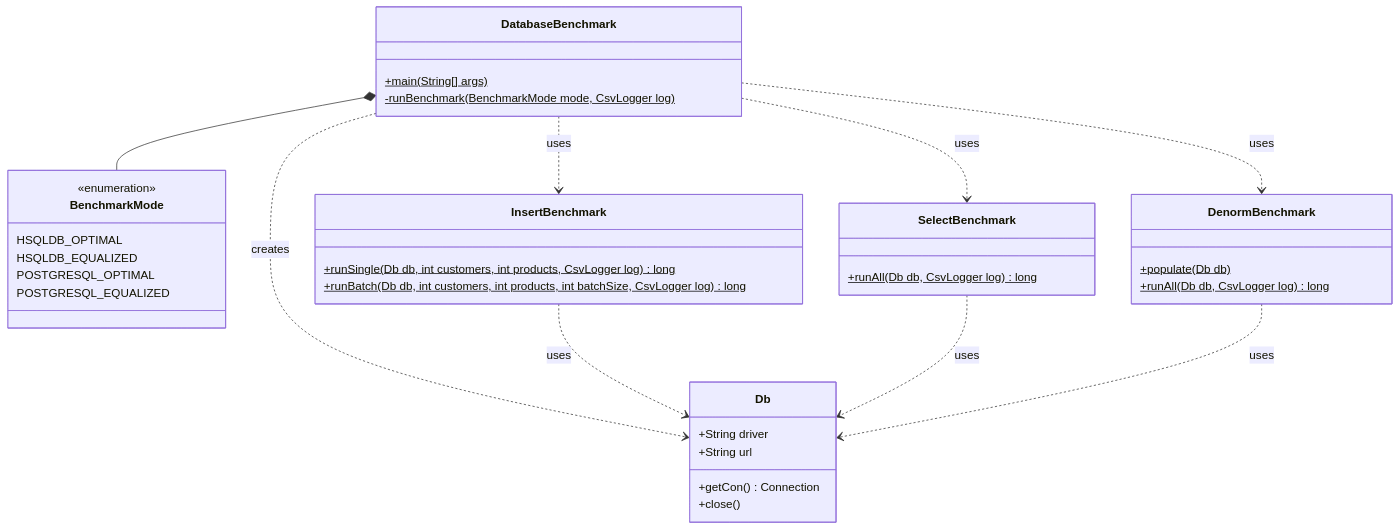
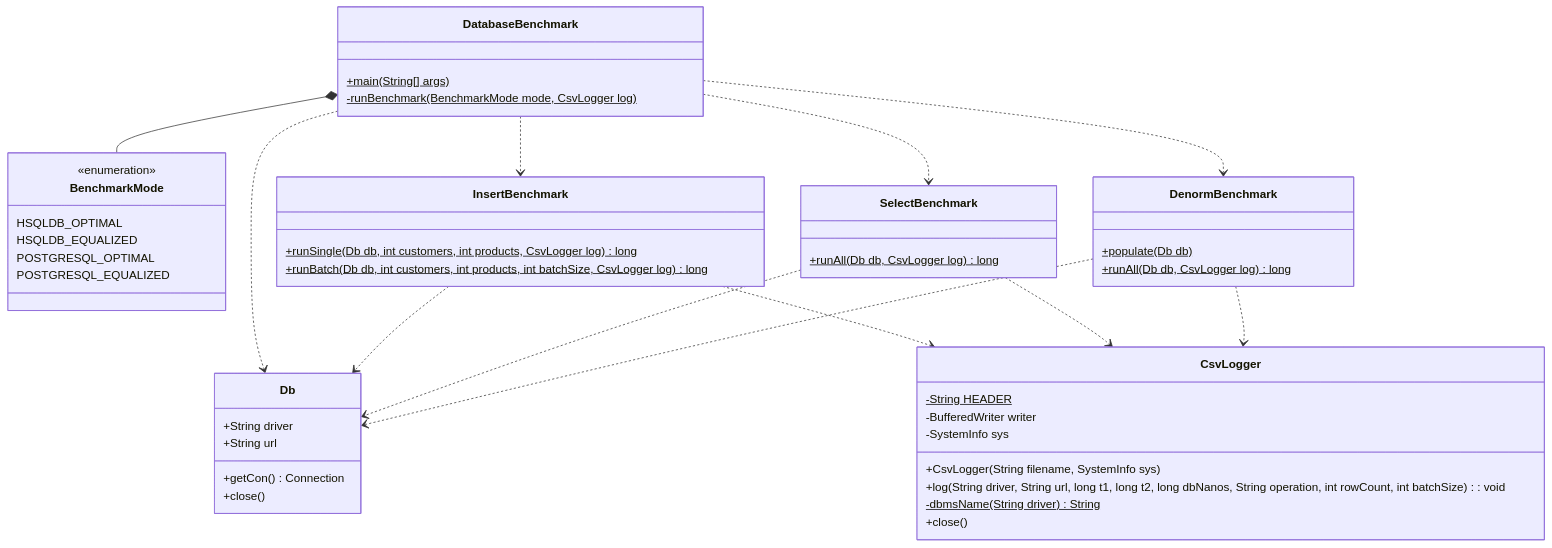
One commit to IlyaBashlyaev/DatabaseBenchmark changed the diagram in docs/class_diagram/simple/class_diagram.mmd. Above: the diagram before and after it, drawn with Mermaid. The commit also changed 4 other files, not shown here.

First line of the commit message:
docs(uml): Update the UML class diagram (simple version)

```diff
--- a/docs/class_diagram/simple/class_diagram.mmd
+++ b/docs/class_diagram/simple/class_diagram.mmd
@@ -1,47 +1,61 @@
 classDiagram
     direction TB
 
     class DatabaseBenchmark {
         +main(String[] args)$
         -runBenchmark(BenchmarkMode mode, CsvLogger log)$
     }
 
     class BenchmarkMode {
         <<enumeration>>
         HSQLDB_OPTIMAL
         HSQLDB_EQUALIZED
         POSTGRESQL_OPTIMAL
         POSTGRESQL_EQUALIZED
     }
 
     class Db {
         +String driver
         +String url
         +getCon() Connection
         +close()
     }
 
     class InsertBenchmark {
         +runSingle(Db db, int customers, int products, CsvLogger log)$ long
         +runBatch(Db db, int customers, int products, int batchSize, CsvLogger log)$ long
     }
 
     class SelectBenchmark {
         +runAll(Db db, CsvLogger log)$ long
     }
 
     class DenormBenchmark {
         +populate(Db db)$
         +runAll(Db db, CsvLogger log)$ long
     }
 
+    class CsvLogger {
+        -String HEADER$
+        -BufferedWriter writer
+        -SystemInfo sys
+        +CsvLogger(String filename, SystemInfo sys)
+        +log(String driver, String url, long t1, long t2, long dbNanos, String operation, int rowCount, int batchSize): void
+        -dbmsName(String driver)$ String
+        +close()
+    }
+
     DatabaseBenchmark *-- BenchmarkMode
 
-    DatabaseBenchmark ..> Db : creates
-    DatabaseBenchmark ..> InsertBenchmark : uses
-    DatabaseBenchmark ..> SelectBenchmark : uses
-    DatabaseBenchmark ..> DenormBenchmark : uses
+    DatabaseBenchmark ..> Db
+    DatabaseBenchmark ..> InsertBenchmark
+    DatabaseBenchmark ..> SelectBenchmark
+    DatabaseBenchmark ..> DenormBenchmark
 
-    InsertBenchmark ..> Db : uses
-    SelectBenchmark ..> Db : uses
-    DenormBenchmark ..> Db : uses
+    InsertBenchmark ..> Db
+    SelectBenchmark ..> Db
+    DenormBenchmark ..> Db
+
+    InsertBenchmark ..> CsvLogger
+    SelectBenchmark ..> CsvLogger
+    DenormBenchmark ..> CsvLogger
```
